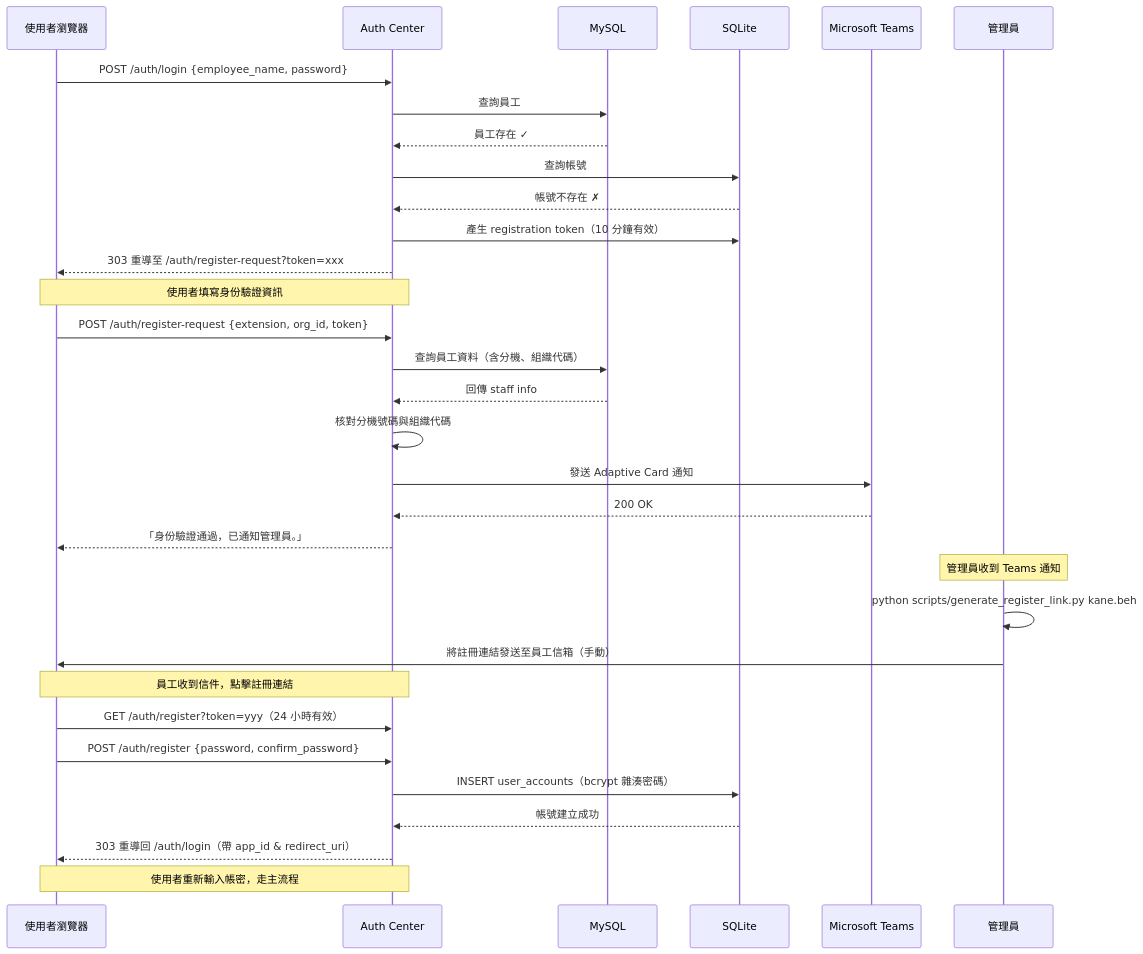
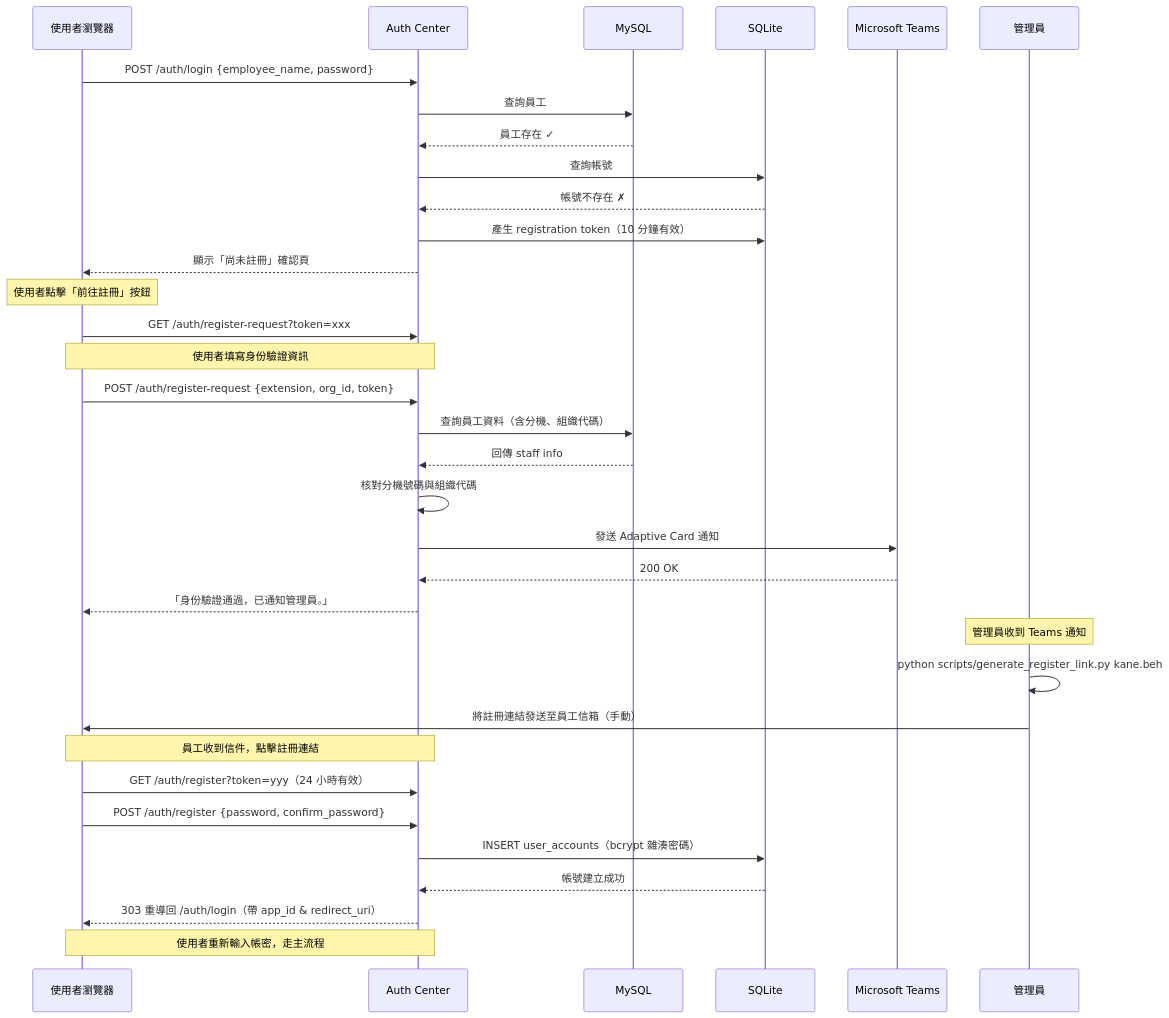
Before and after one commit to bwinken/authcenter: the second of 7 diagrams in README.md, drawn with Mermaid. The commit also changed other lines of this file and 3 other files, not shown here.

````diff
--- a/README.md
+++ b/README.md
@@ -423,40 +423,43 @@
 ```mermaid
 sequenceDiagram
     participant U as 使用者瀏覽器
     participant C as Auth Center
     participant M as MySQL
     participant S as SQLite
     participant T as Microsoft Teams
     participant A as 管理員
 
     U->>C: POST /auth/login {employee_name, password}
     C->>M: 查詢員工
     M-->>C: 員工存在 ✓
     C->>S: 查詢帳號
     S-->>C: 帳號不存在 ✗
 
     C->>S: 產生 registration token（10 分鐘有效）
-    C-->>U: 303 重導至 /auth/register-request?token=xxx
+    C-->>U: 顯示「尚未註冊」確認頁
+
+    Note over U: 使用者點擊「前往註冊」按鈕
+    U->>C: GET /auth/register-request?token=xxx
 
     Note over U,C: 使用者填寫身份驗證資訊
     U->>C: POST /auth/register-request {extension, org_id, token}
     C->>M: 查詢員工資料（含分機、組織代碼）
     M-->>C: 回傳 staff info
     C->>C: 核對分機號碼與組織代碼
     C->>T: 發送 Adaptive Card 通知
     T-->>C: 200 OK
     C-->>U: 「身份驗證通過，已通知管理員。」
 
     Note over A: 管理員收到 Teams 通知
     A->>A: python scripts/generate_register_link.py kane.beh
     A->>U: 將註冊連結發送至員工信箱（手動）
 
     Note over U,C: 員工收到信件，點擊註冊連結
     U->>C: GET /auth/register?token=yyy（24 小時有效）
     U->>C: POST /auth/register {password, confirm_password}
     C->>S: INSERT user_accounts（bcrypt 雜湊密碼）
     S-->>C: 帳號建立成功
 
     C-->>U: 303 重導回 /auth/login（帶 app_id & redirect_uri）
     Note over U,C: 使用者重新輸入帳密，走主流程
 ```
````
